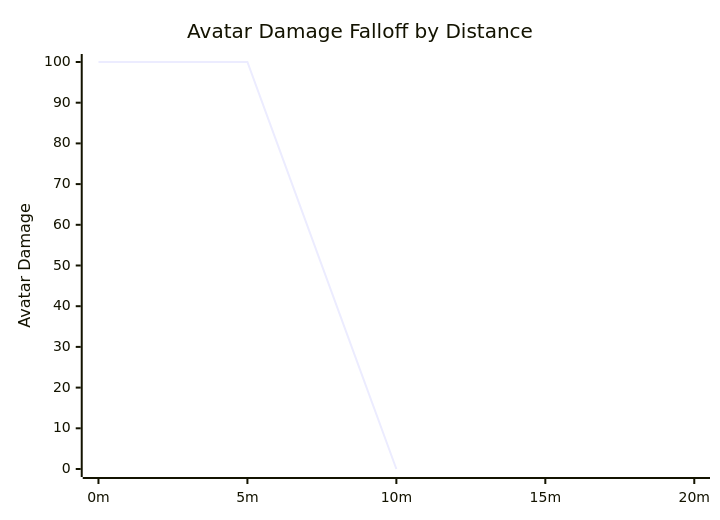
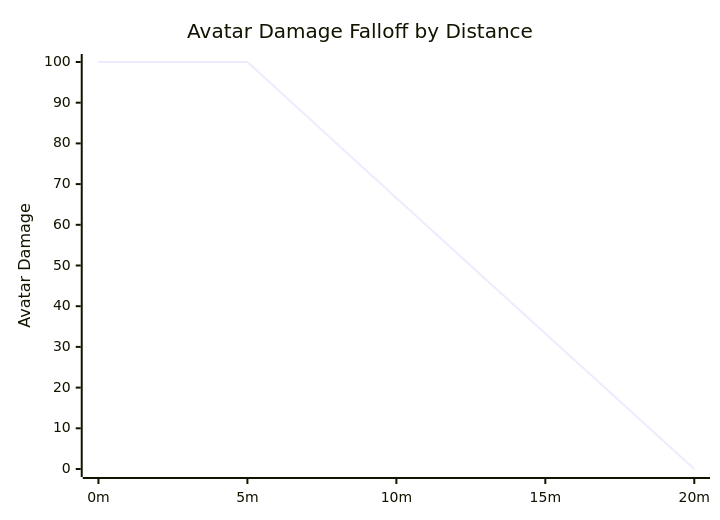
One commit to soapyf/Ashguard-Documents changed the first of 2 diagrams in equipment/Layer 2/Flame Torrent.md. Above: the diagram before and after it, drawn with Mermaid. The commit also changed other lines of this file, not shown here.

Commit message:
Update damage falloff charts in Flame Torrent documentation for accuracy

````diff
--- a/equipment/Layer 2/Flame Torrent.md
+++ b/equipment/Layer 2/Flame Torrent.md
@@ -42,7 +42,7 @@
 ```mermaid
 xychart-beta
     title "Avatar Damage Falloff by Distance"
     x-axis ["0m", "5m", "10m", "15m", "20m"]
     y-axis "Avatar Damage" 0 --> 100
-    line [100, 100, 0]
+    line [100, 100, 66.6, 33.3, 0]
 ```
````
